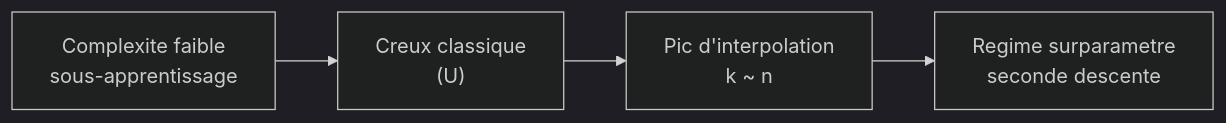
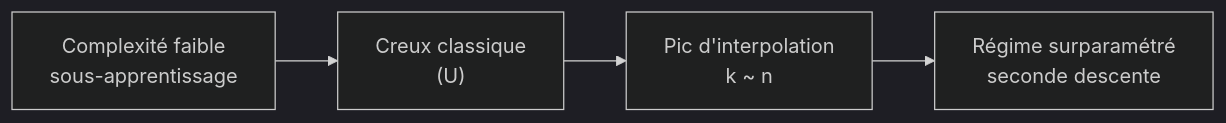
One commit to tanguychenier/Mathematiques-pour-le-Machine-Learning changed the sixth of 6 diagrams in chapitres/08-modeles-et-donnees.md. Above: the diagram before and after it, drawn with Mermaid (dark theme). The commit also changed other lines of this file and 7 other files, not shown here.

````diff
--- a/chapitres/08-modeles-et-donnees.md
+++ b/chapitres/08-modeles-et-donnees.md
@@ -859,6 +859,6 @@
 ```mermaid
 flowchart LR
-    A["Complexite faible<br/>sous-apprentissage"] --> B["Creux classique<br/>(U)"]
+    A["Complexité faible<br/>sous-apprentissage"] --> B["Creux classique<br/>(U)"]
     B --> C["Pic d'interpolation<br/>k ~ n"]
-    C --> D["Regime surparametre<br/>seconde descente"]
+    C --> D["Régime surparamétré<br/>seconde descente"]
 ```
````
